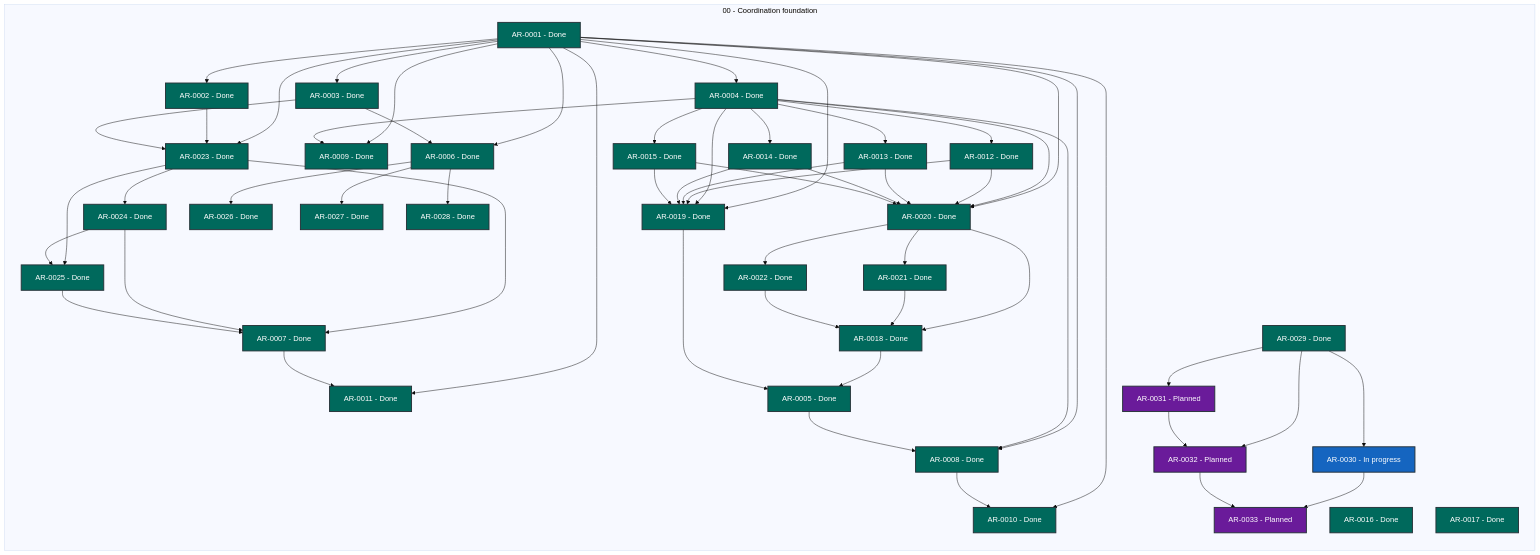
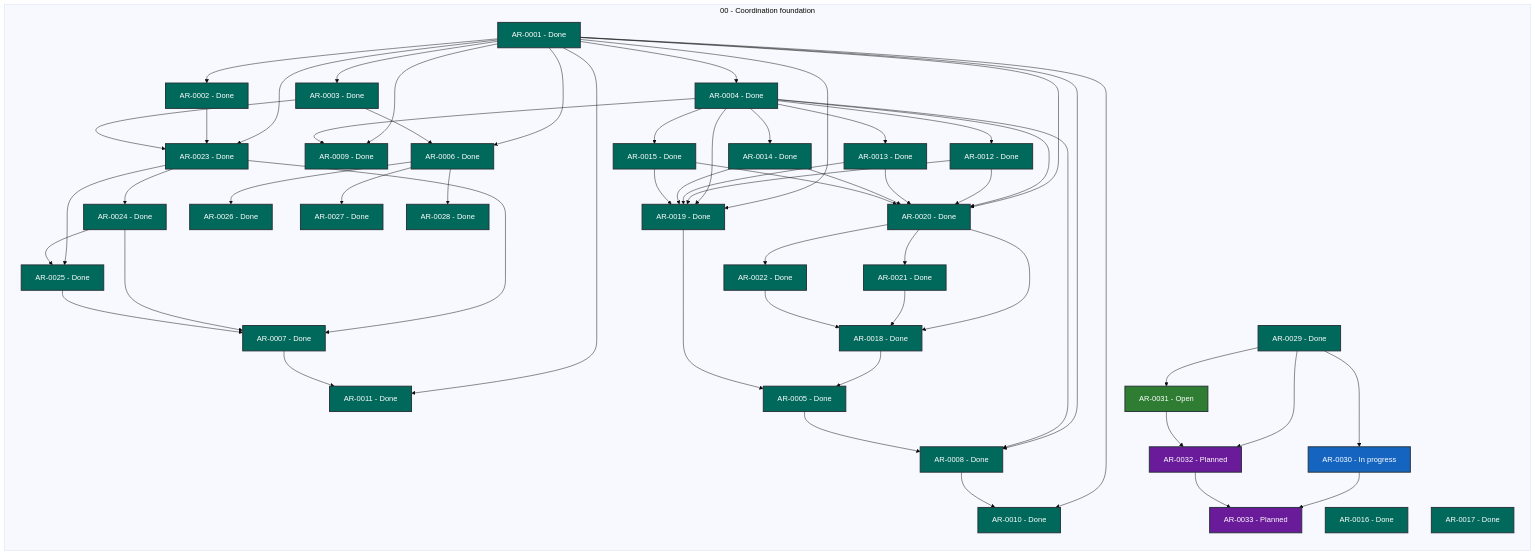
Before and after one commit to martin-beck/agent-workflow-quality-state: the diagram in STATUS.md, drawn with Mermaid (base theme). The commit also changed other lines of this file and 2 other files, not shown here.

```diff
--- a/STATUS.md
+++ b/STATUS.md
@@ -58,7 +58,7 @@
         AR_0028["AR-0028 - Done"]:::status_done
         AR_0029["AR-0029 - Done"]:::status_done
         AR_0030["AR-0030 - In progress"]:::status_in_progress
-        AR_0031["AR-0031 - Planned"]:::status_planned
+        AR_0031["AR-0031 - Open"]:::status_open
         AR_0032["AR-0032 - Planned"]:::status_planned
         AR_0033["AR-0033 - Planned"]:::status_planned
     end
```
